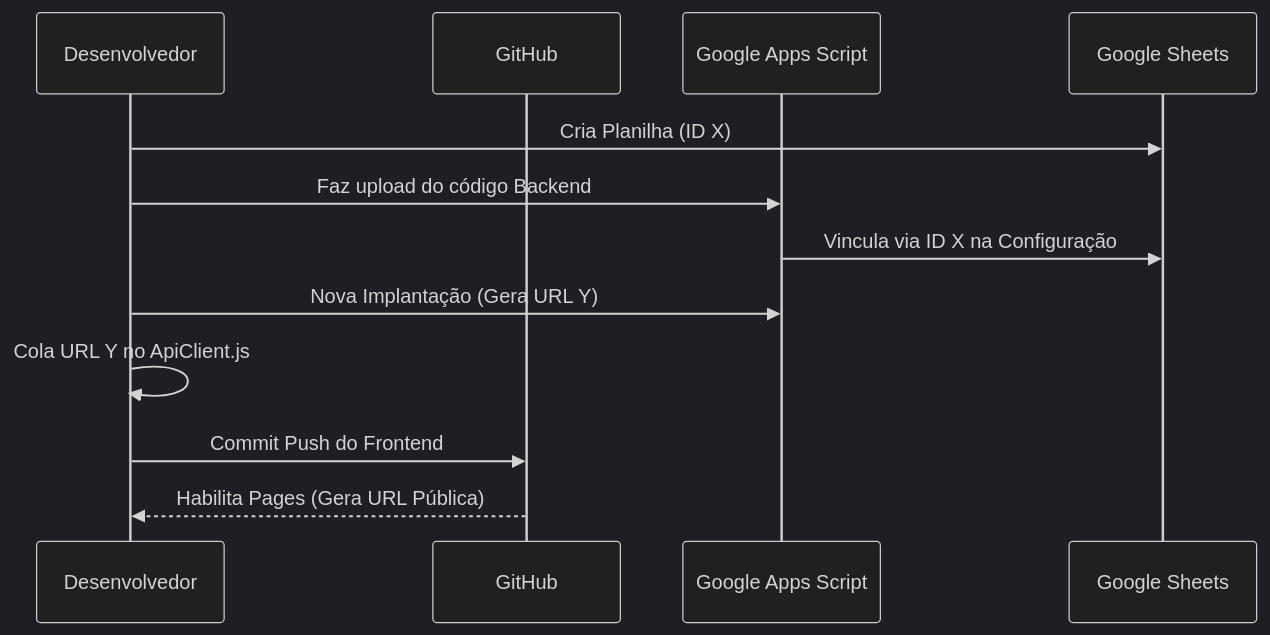
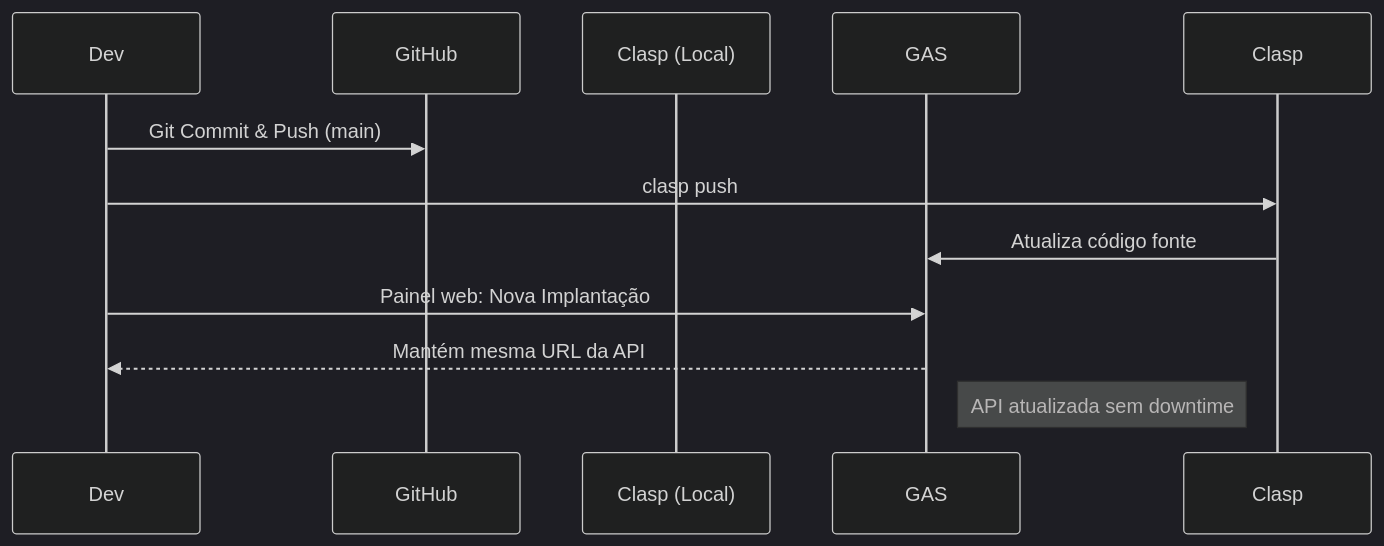
One commit to LuizFelipe0077/App---Melasma changed the second of 2 diagrams in Documentação/deployment_bible.md. Above: the diagram before and after it, drawn with Mermaid (dark theme). The commit also changed other lines of this file and 21 other files, not shown here.

````diff
--- a/Documentação/deployment_bible.md
+++ b/Documentação/deployment_bible.md
@@ -233,15 +341,14 @@
 ```mermaid
 sequenceDiagram
-    participant Dev as Desenvolvedor
-    participant Git as GitHub
-    participant GAS as Google Apps Script
-    participant DB as Google Sheets
-
-    Dev->>DB: Cria Planilha (ID X)
-    Dev->>GAS: Faz upload do código Backend
-    GAS->>DB: Vincula via ID X na Configuração
-    Dev->>GAS: Nova Implantação (Gera URL Y)
-    Dev->>Dev: Cola URL Y no ApiClient.js
-    Dev->>Git: Commit Push do Frontend
-    Git-->>Dev: Habilita Pages (Gera URL Pública)
+    participant Dev
+    participant GitHub
+    participant Clasp (Local)
+    participant GAS
+    
+    Dev->>GitHub: Git Commit & Push (main)
+    Dev->>Clasp: clasp push
+    Clasp->>GAS: Atualiza código fonte
+    Dev->>GAS: Painel web: Nova Implantação
+    GAS-->>Dev: Mantém mesma URL da API
+    Note right of GAS: API atualizada sem downtime
 ```
````
